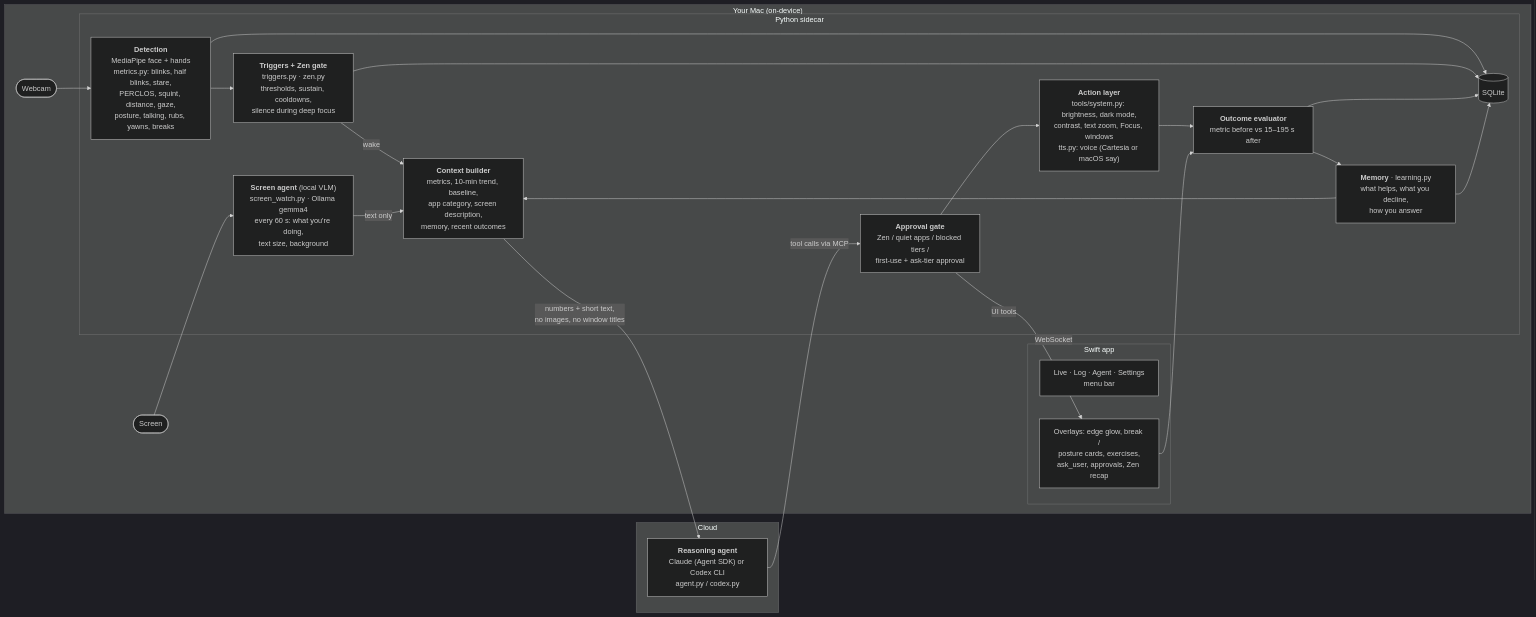
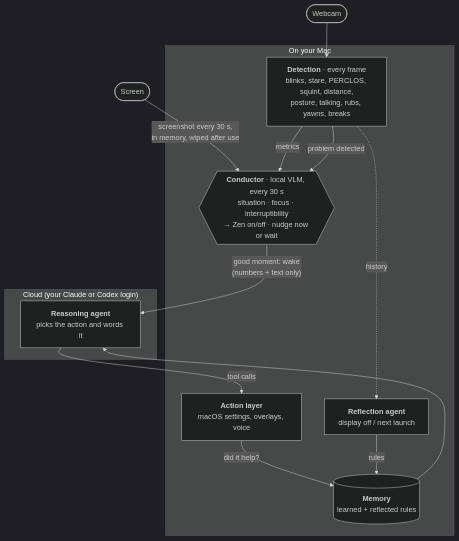
Before and after one commit to walkerhsu/eyeOS: the diagram in README.md, drawn with Mermaid (dark theme). The commit also changed other lines of this file, not shown here.

Commit message:
README: architecture around the conductor
New diagram and table: detection → conductor (on-device orchestrator) →
reasoning agent → action layer, with memory and the reflection agent.
Drops the separate trigger/Zen-gate and approval-gate rows and the
one-cycle walkthrough; privacy note updated for in-memory screenshots.

````diff
--- a/README.md
+++ b/README.md
@@ -11,42 +11,26 @@
 ```mermaid
-flowchart LR
-    subgraph Mac["Your Mac (on-device)"]
-        cam([Webcam]) --> det
-        scr([Screen]) --> sw
+flowchart TB
+    cam([Webcam]) --> det
+    scr([Screen]) -->|"screenshot every 30 s,<br/>in memory, wiped after use"| cond
 
-        subgraph sidecar["Python sidecar"]
-            det["<b>Detection</b><br/>MediaPipe face + hands<br/>metrics.py: blinks, half blinks, stare,<br/>PERCLOS, squint, distance, gaze,<br/>posture, talking, rubs, yawns, breaks"]
-            sw["<b>Screen agent</b> (local VLM)<br/>screen_watch.py · Ollama gemma4<br/>every 60 s: what you're doing,<br/>text size, background"]
-            trig["<b>Triggers + Zen gate</b><br/>triggers.py · zen.py<br/>thresholds, sustain, cooldowns,<br/>silence during deep focus"]
-            ctx["<b>Context builder</b><br/>metrics, 10-min trend, baseline,<br/>app category, screen description,<br/>memory, recent outcomes"]
-            gate["<b>Approval gate</b><br/>Zen / quiet apps / blocked tiers /<br/>first-use + ask-tier approval"]
-            act["<b>Action layer</b><br/>tools/system.py: brightness, dark mode,<br/>contrast, text zoom, Focus, windows<br/>tts.py: voice (Cartesia or macOS say)"]
-            eval["<b>Outcome evaluator</b><br/>metric before vs 15–195 s after"]
-            learn["<b>Memory</b> · learning.py<br/>what helps, what you decline,<br/>how you answer"]
-            db[(SQLite)]
-        end
-
-        subgraph app["Swift app"]
-            ui["Live · Log · Agent · Settings<br/>menu bar"]
-            ov["Overlays: edge glow, break /<br/>posture cards, exercises,<br/>ask_user, approvals, Zen recap"]
-        end
-
-        det --> trig
-        trig -->|wake| ctx
-        sw -->|text only| ctx
-        gate --> act
-        gate -->|UI tools| ov
-        act --> eval
-        ov --> eval
-        eval --> learn --> ctx
-        det & trig & eval & learn --> db
-        sidecar <-->|WebSocket| app
+    subgraph mac["On your Mac"]
+        det["<b>Detection</b> · every frame<br/>blinks, stare, PERCLOS, squint, distance,<br/>posture, talking, rubs, yawns, breaks"]
+        cond{{"<b>Conductor</b> · local VLM, every 30 s<br/>situation · focus · interruptibility<br/>→ Zen on/off · nudge now or wait"}}
+        act["<b>Action layer</b><br/>macOS settings, overlays, voice"]
+        mem[("<b>Memory</b><br/>learned + reflected rules")]
+        refl["<b>Reflection agent</b><br/>display off / next launch"]
     end
 
-    subgraph cloud["Cloud"]
-        llm["<b>Reasoning agent</b><br/>Claude (Agent SDK) or Codex CLI<br/>agent.py / codex.py"]
+    subgraph cloud["Cloud (your Claude or Codex login)"]
+        llm["<b>Reasoning agent</b><br/>picks the action and words it"]
     end
 
-    ctx -->|"numbers + short text,<br/>no images, no window titles"| llm
-    llm -->|tool calls via MCP| gate
+    det -->|metrics| cond
+    det -->|"problem detected"| cond
+    cond -->|"good moment: wake<br/>(numbers + text only)"| llm
+    mem --> llm
+    llm -->|tool calls| act
+    act -->|"did it help?"| mem
+    refl -->|rules| mem
+    det -.->|history| refl
 ```
````
